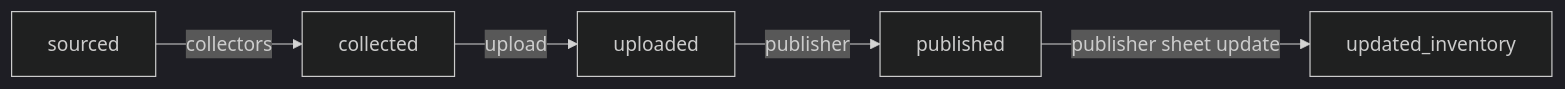
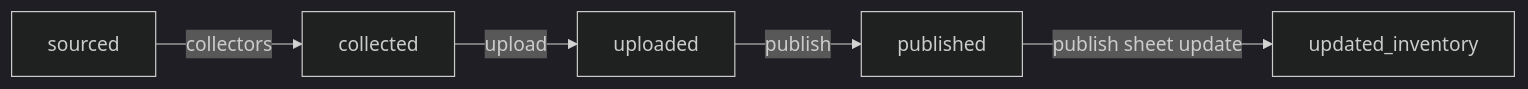
The first of 6 diagrams in docs/Status.md (mkraley/DRPPipeline), drawn with Mermaid (dark theme) before and after one commit. The commit also changed other lines of this file and 48 other files, not shown here.

````diff
--- a/docs/Status.md
+++ b/docs/Status.md
@@ -19,7 +19,7 @@
 ```mermaid
 flowchart LR
   sourced -->|collectors| collected
   collected -->|upload| uploaded
-  uploaded -->|publisher| published
-  published -->|publisher sheet update| updated_inventory
+  uploaded -->|publish| published
+  published -->|publish sheet update| updated_inventory
 ```
````
